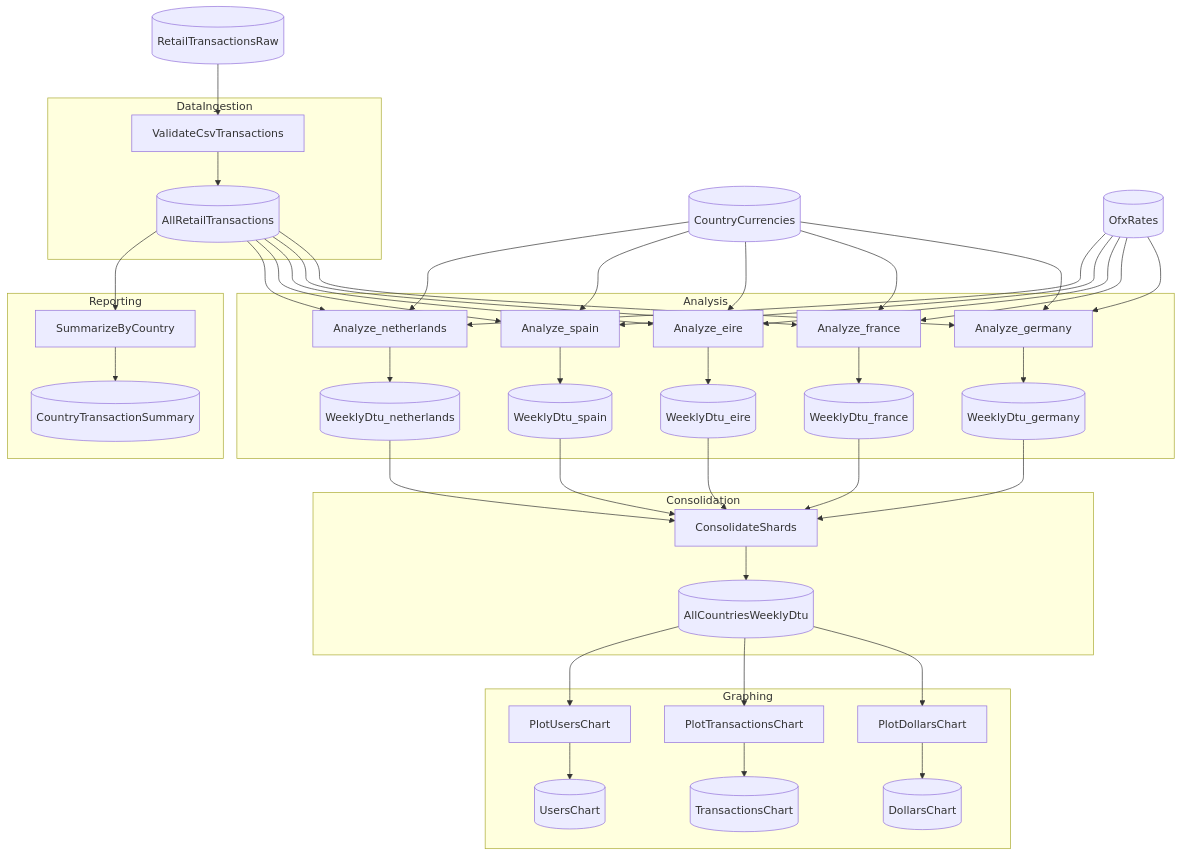
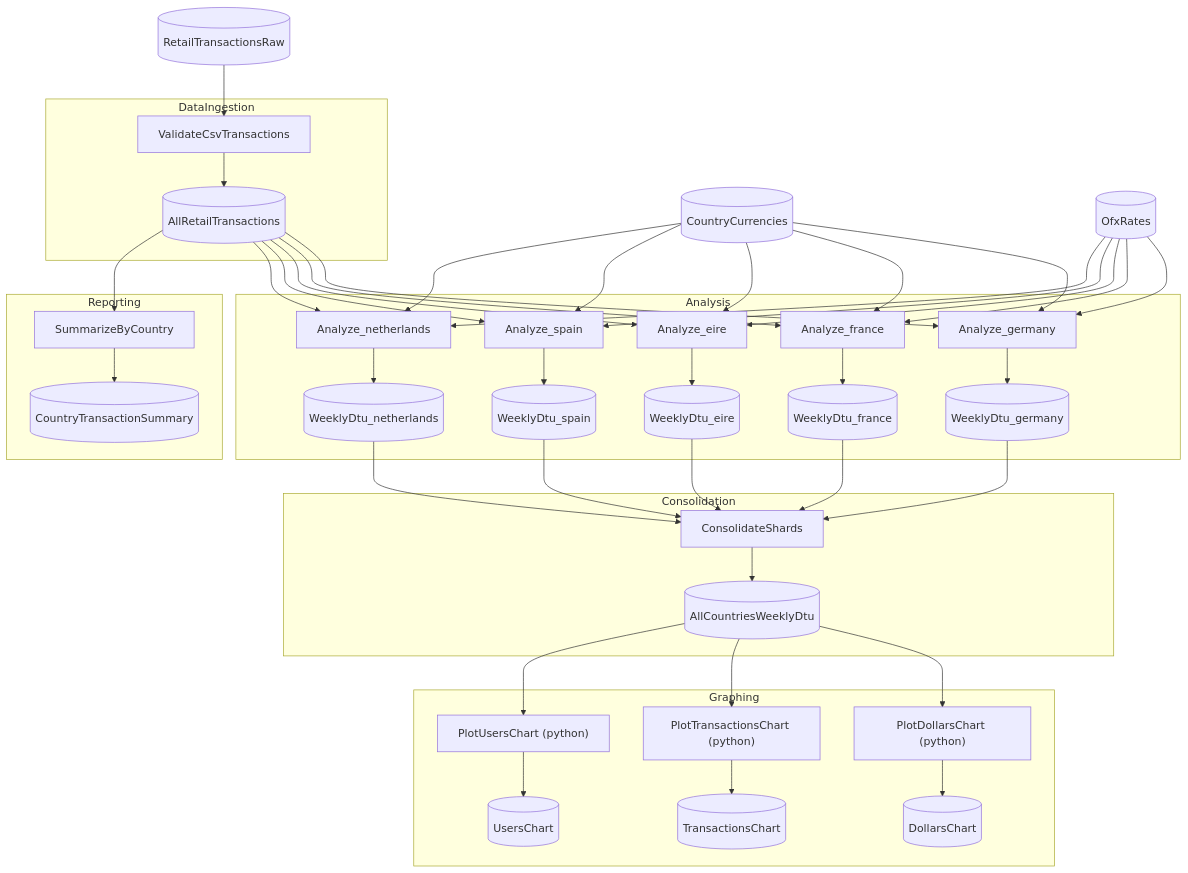
One commit to chaoticgoodcomputing/flowthru changed the diagram in examples/advanced/RetailDataSplitFlow/README.md. Above: the diagram before and after it, drawn with Mermaid. The commit also changed 16 other files, not shown here.

Commit message:
docs: update README examples with new mermaid output

```diff
--- a/examples/advanced/RetailDataSplitFlow/README.md
+++ b/examples/advanced/RetailDataSplitFlow/README.md
@@ -73,11 +73,11 @@
     end
 
     subgraph Graphing["Graphing"]
-        PlotDollarsChart["PlotDollarsChart"]
+        PlotDollarsChart["PlotDollarsChart (python)"]
         DollarsChart[("DollarsChart")]
-        PlotTransactionsChart["PlotTransactionsChart"]
+        PlotTransactionsChart["PlotTransactionsChart (python)"]
         TransactionsChart[("TransactionsChart")]
-        PlotUsersChart["PlotUsersChart"]
+        PlotUsersChart["PlotUsersChart (python)"]
         UsersChart[("UsersChart")]
     end
 
```
